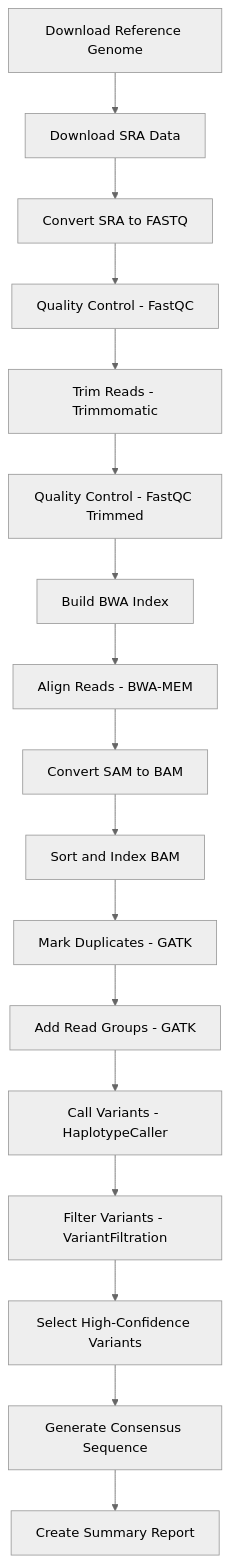
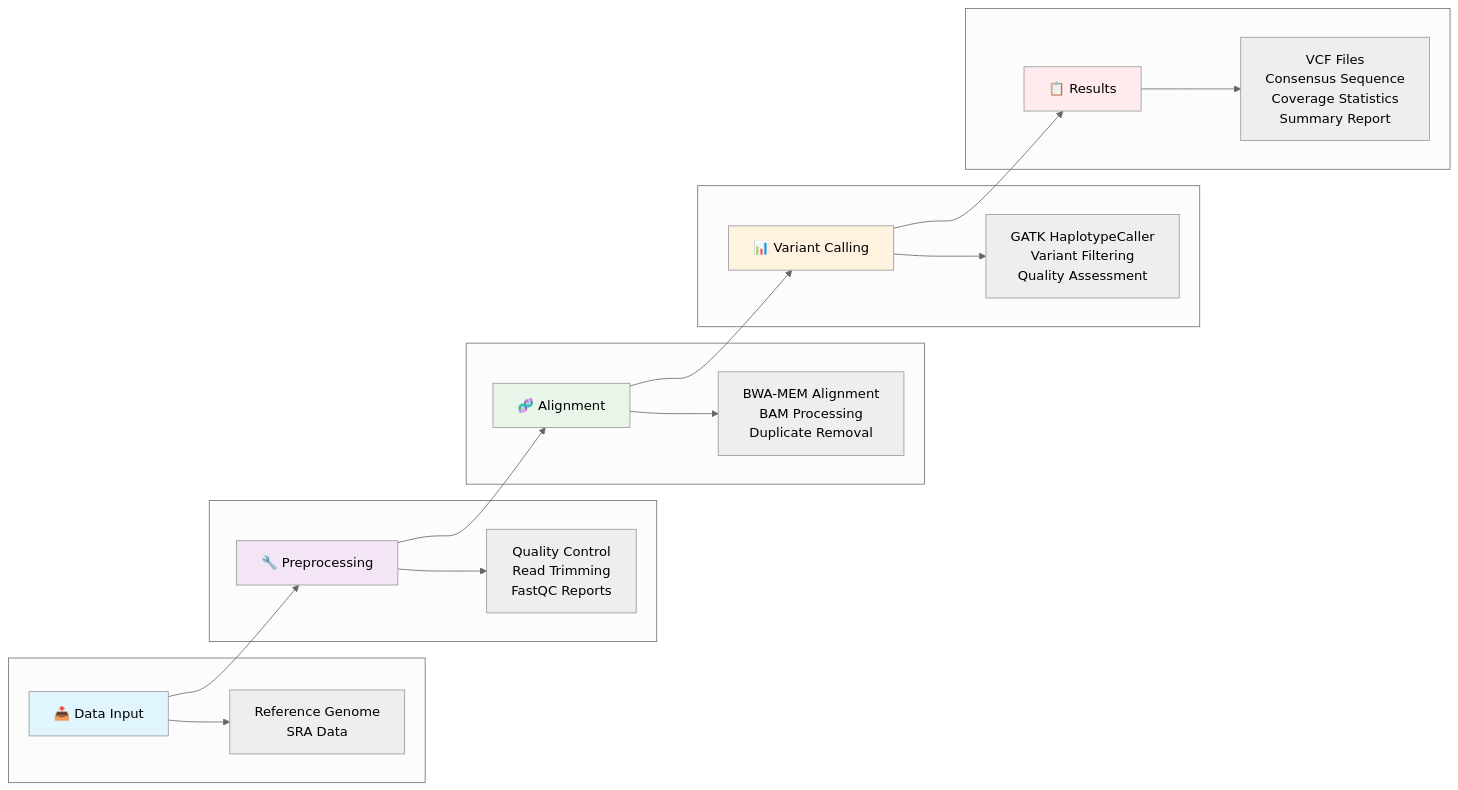
The diagram in README.md (MadhuramDidwani45/NGS-Viral-Variants-Pipeline), drawn with Mermaid (neutral theme) before and after one commit. The commit also changed other lines of this file, not shown here.

Commit message:
README.md

````diff
--- a/README.md
+++ b/README.md
@@ -113,19 +113,38 @@
 ```mermaid
-graph TD
-    A[Download Reference Genome] --> B[Download SRA Data]
-    B --> C[Convert SRA to FASTQ]
-    C --> D[Quality Control - FastQC]
-    D --> E[Trim Reads - Trimmomatic]
-    E --> F[Quality Control - FastQC Trimmed]
-    F --> G[Build BWA Index]
-    G --> H[Align Reads - BWA-MEM]
-    H --> I[Convert SAM to BAM]
-    I --> J[Sort and Index BAM]
-    J --> K[Mark Duplicates - GATK]
-    K --> L[Add Read Groups - GATK]
-    L --> M[Call Variants - HaplotypeCaller]
-    M --> N[Filter Variants - VariantFiltration]
-    N --> O[Select High-Confidence Variants]
-    O --> P[Generate Consensus Sequence]
-    P --> Q[Create Summary Report]
+flowchart LR
+    A[📥 Data Input] --> B[🔧 Preprocessing]
+    B --> C[🧬 Alignment]
+    C --> D[📊 Variant Calling]
+    D --> E[📋 Results]
+    
+    subgraph " "
+        A1[Reference Genome<br/>SRA Data] 
+        A --> A1
+    end
+    
+    subgraph " "
+        B1[Quality Control<br/>Read Trimming<br/>FastQC Reports]
+        B --> B1
+    end
+    
+    subgraph " "
+        C1[BWA-MEM Alignment<br/>BAM Processing<br/>Duplicate Removal]
+        C --> C1
+    end
+    
+    subgraph " "
+        D1[GATK HaplotypeCaller<br/>Variant Filtering<br/>Quality Assessment]
+        D --> D1
+    end
+    
+    subgraph " "
+        E1[VCF Files<br/>Consensus Sequence<br/>Coverage Statistics<br/>Summary Report]
+        E --> E1
+    end
+    
+    style A fill:#e1f5fe
+    style B fill:#f3e5f5
+    style C fill:#e8f5e8
+    style D fill:#fff3e0
+    style E fill:#ffebee
 ```
````
